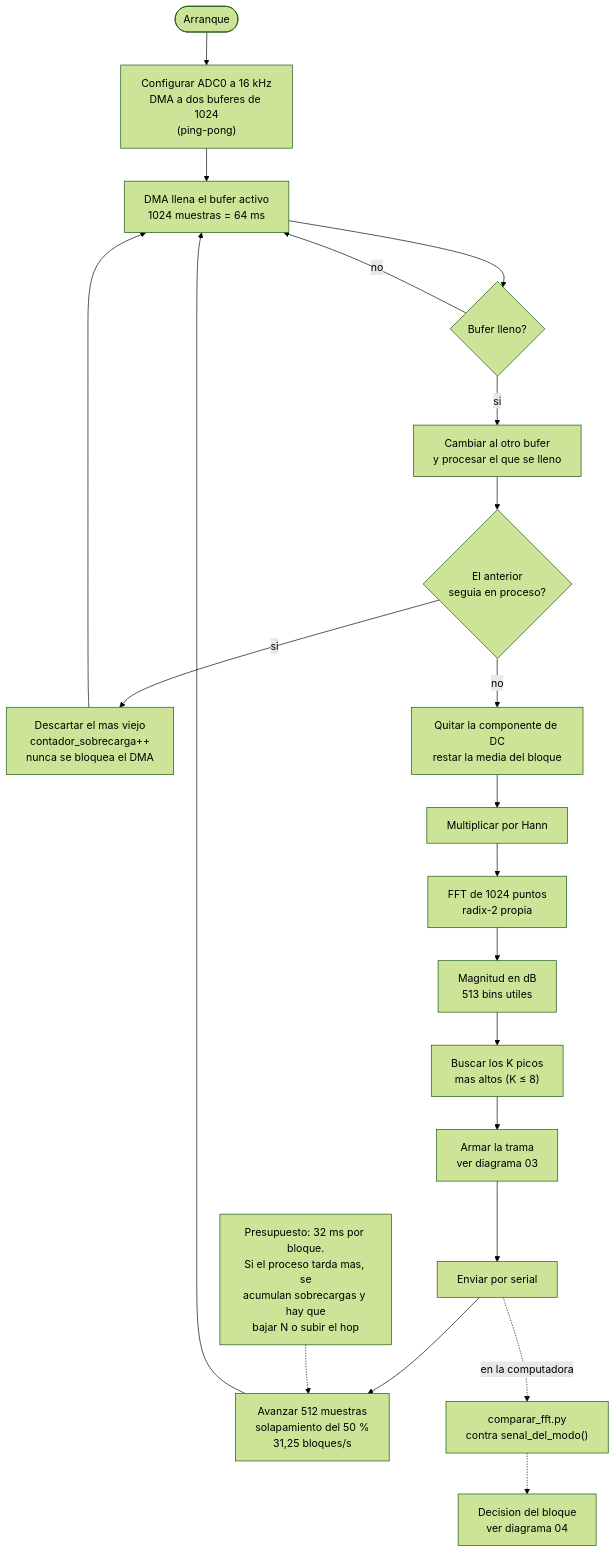
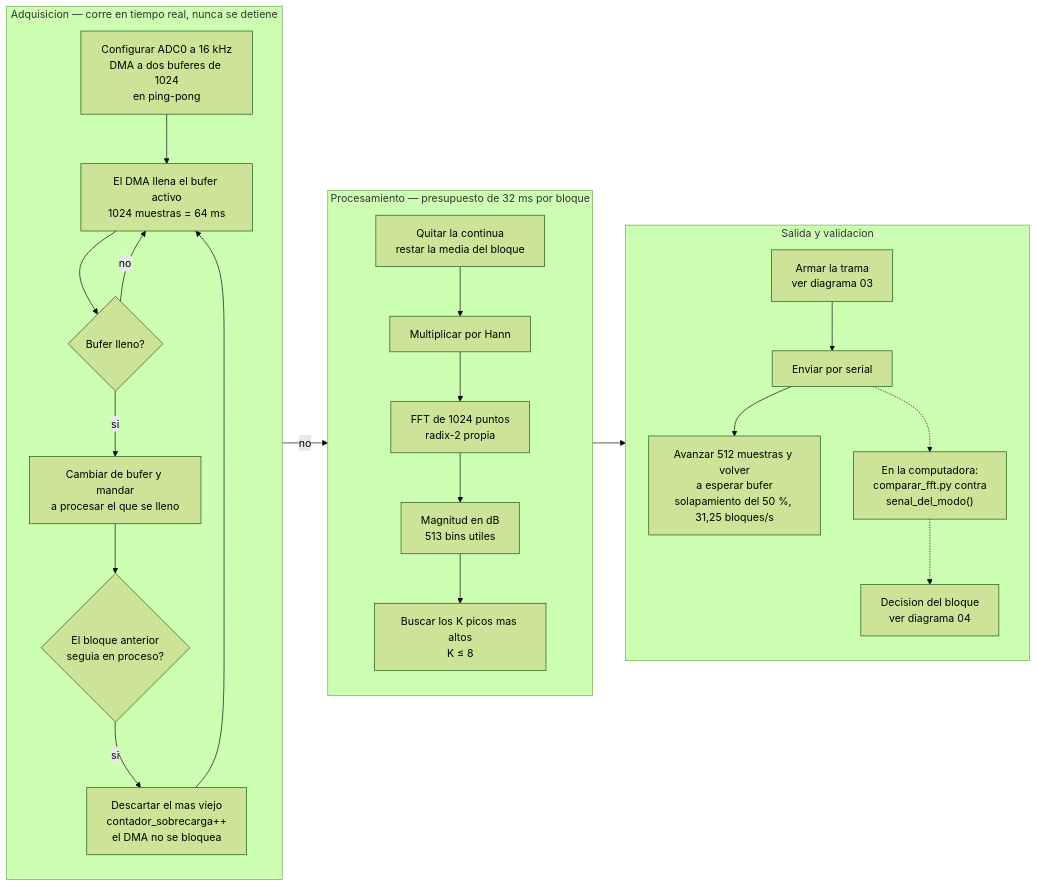
One commit to Kearranza/Proyecto-Grupal-1-ASM changed the diagram in taller_semana12/d_validacion/diagramas/02_flujo_receptor.mmd. Above: the diagram before and after it, drawn with Mermaid (forest theme). The commit also changed 6 other files, not shown here.

```diff
--- a/taller_semana12/d_validacion/diagramas/02_flujo_receptor.mmd
+++ b/taller_semana12/d_validacion/diagramas/02_flujo_receptor.mmd
@@ -1,27 +1,40 @@
 %% Bloque D - Captura y validacion de UN bloque en la Pico W.
-flowchart TD
-    I([Arranque]) --> CFG["Configurar ADC0 a 16 kHz<br/>DMA a dos buferes de 1024<br/>(ping-pong)"]
-    CFG --> LLE["DMA llena el bufer activo<br/>1024 muestras = 64 ms"]
-    LLE --> IRQ{"Bufer lleno?"}
-    IRQ -->|no| LLE
-    IRQ -->|si| SW["Cambiar al otro bufer<br/>y procesar el que se lleno"]
+%% En tres columnas para que la figura quepa legible en una pagina vertical.
+flowchart LR
+    subgraph ADQ["Adquisicion — corre en tiempo real, nunca se detiene"]
+        direction TB
+        CFG["Configurar ADC0 a 16 kHz<br/>DMA a dos buferes de 1024<br/>en ping-pong"]
+        LLE["El DMA llena el bufer activo<br/>1024 muestras = 64 ms"]
+        IRQ{"Bufer lleno?"}
+        SW["Cambiar de bufer y mandar<br/>a procesar el que se lleno"]
+        OVF{"El bloque anterior<br/>seguia en proceso?"}
+        DESC["Descartar el mas viejo<br/>contador_sobrecarga++<br/>el DMA no se bloquea"]
+        CFG --> LLE --> IRQ
+        IRQ -->|no| LLE
+        IRQ -->|si| SW --> OVF
+        OVF -->|si| DESC --> LLE
+    end
 
-    SW --> OVF{"El anterior<br/>seguia en proceso?"}
-    OVF -->|si| DESC["Descartar el mas viejo<br/>contador_sobrecarga++<br/>nunca se bloquea el DMA"]
-    DESC --> LLE
-    OVF -->|no| DC["Quitar la componente de DC<br/>restar la media del bloque"]
+    subgraph PRO["Procesamiento — presupuesto de 32 ms por bloque"]
+        direction TB
+        DC["Quitar la continua<br/>restar la media del bloque"]
+        WIN["Multiplicar por Hann"]
+        FFT["FFT de 1024 puntos<br/>radix-2 propia"]
+        MAG["Magnitud en dB<br/>513 bins utiles"]
+        PIC["Buscar los K picos mas altos<br/>K ≤ 8"]
+        DC --> WIN --> FFT --> MAG --> PIC
+    end
 
-    DC --> WIN["Multiplicar por Hann"]
-    WIN --> FFT["FFT de 1024 puntos<br/>radix-2 propia"]
-    FFT --> MAG["Magnitud en dB<br/>513 bins utiles"]
-    MAG --> PIC["Buscar los K picos<br/>mas altos (K ≤ 8)"]
-    PIC --> TRA["Armar la trama<br/>ver diagrama 03"]
-    TRA --> ENV["Enviar por serial"]
-    ENV --> AV["Avanzar 512 muestras<br/>solapamiento del 50 %<br/>31,25 bloques/s"]
-    AV --> LLE
+    subgraph SAL["Salida y validacion"]
+        direction TB
+        TRA["Armar la trama<br/>ver diagrama 03"]
+        ENV["Enviar por serial"]
+        AV["Avanzar 512 muestras y volver<br/>a esperar bufer<br/>solapamiento del 50 %, 31,25 bloques/s"]
+        CMP["En la computadora:<br/>comparar_fft.py contra<br/>senal_del_modo()"]
+        DEC["Decision del bloque<br/>ver diagrama 04"]
+        TRA --> ENV --> AV
+        ENV -.-> CMP -.-> DEC
+    end
 
-    ENV -.->|"en la computadora"| CMP["comparar_fft.py<br/>contra senal_del_modo()"]
-    CMP -.-> DEC["Decision del bloque<br/>ver diagrama 04"]
-
-    P["Presupuesto: 32 ms por bloque.<br/>Si el proceso tarda mas, se<br/>acumulan sobrecargas y hay que<br/>bajar N o subir el hop"]
-    P -.-> AV
+    OVF -->|no| DC
+    PIC --> TRA
```
